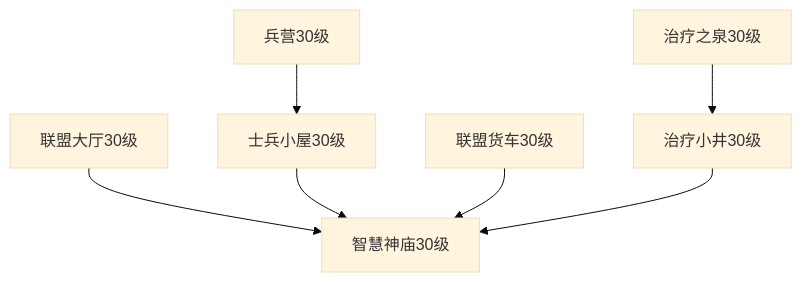
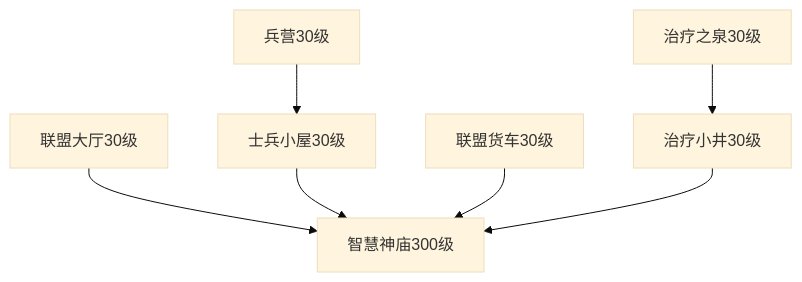
Before and after one commit to ruoqiwan/Joy: the diagram in _posts/2023-05-09-build.md, drawn with Mermaid (base theme). The commit also changed other lines of this file, not shown here.

```diff
--- a/_posts/2023-05-09-build.md
+++ b/_posts/2023-05-09-build.md
@@ -14,18 +14,18 @@
 <div class="mermaid">
   graph TD
     A-->H
 	B-->C
 	C-->H
 	D-->H
 	E-->F
     F-->H
 	
 	A[联盟大厅30级]
 	B[兵营30级]
 	C[士兵小屋30级]
 	D[联盟货车30级]
 	E[治疗之泉30级]
 	F[治疗小井30级]
-    H[智慧神庙30级]
+    H[智慧神庙300级]
 	
 </div>
```
